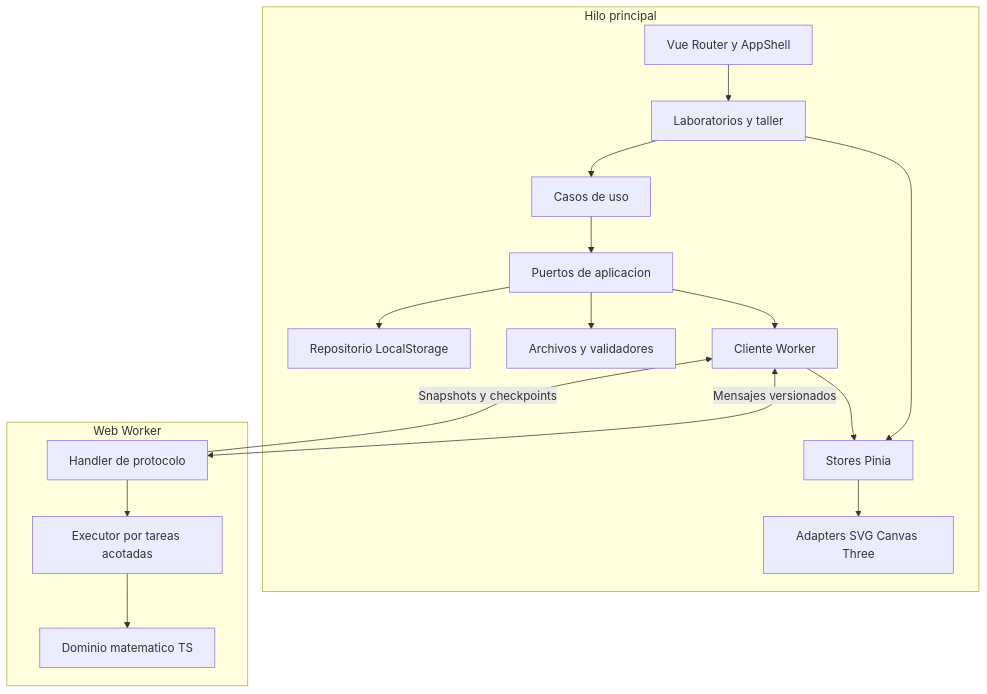
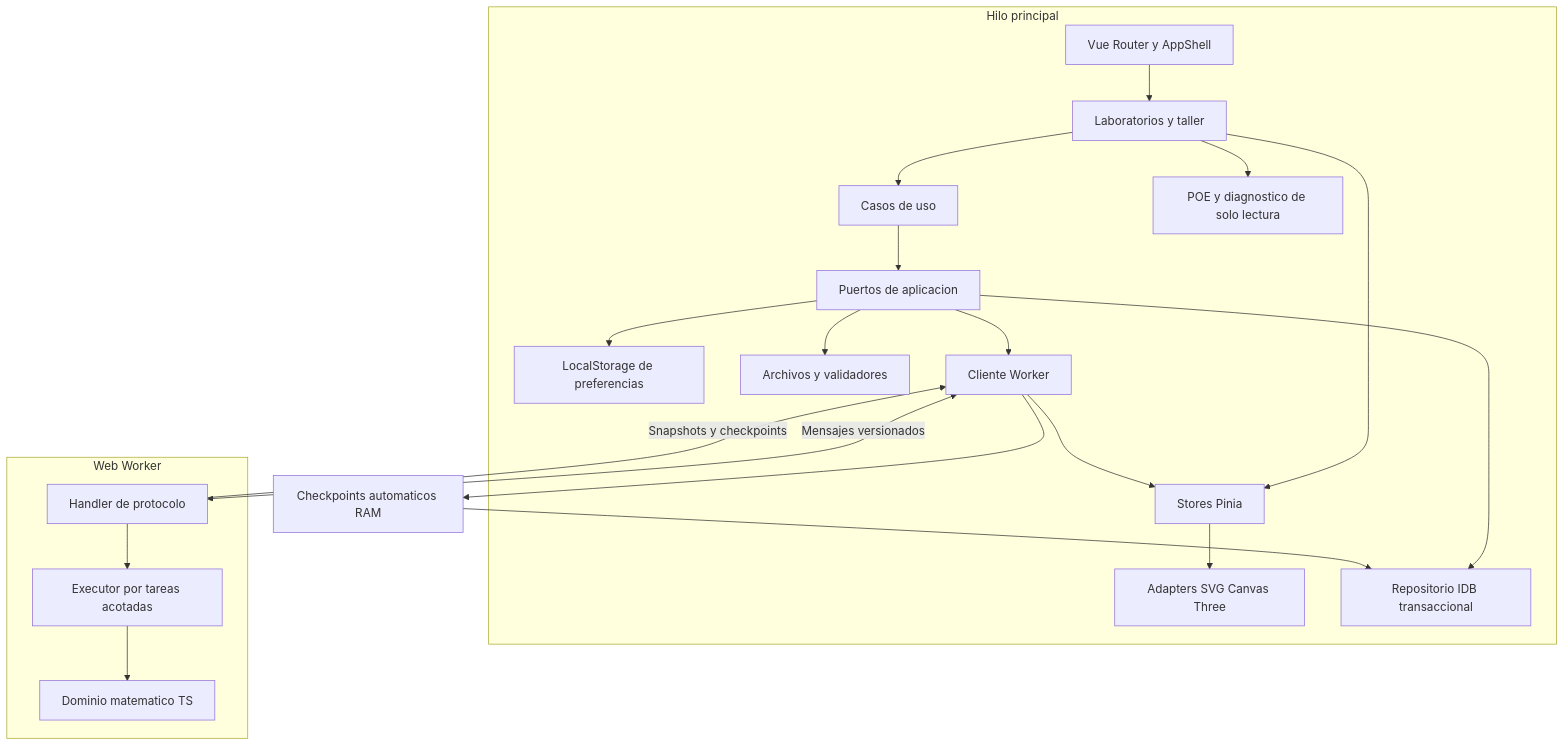
One commit to franmatias/neural-atlas changed the second of 26 diagrams in docs/15-diagramas.md. Above: the diagram before and after it, drawn with Mermaid. The commit also changed other lines of this file and 65 other files, not shown here.

Commit message:
docs: validate revised design diagrams and GitHub publication target

````diff
--- a/docs/15-diagramas.md
+++ b/docs/15-diagramas.md
@@ -30,20 +31,24 @@
 ```mermaid
 flowchart TB
   subgraph Principal[Hilo principal]
     Vue[Vue Router y AppShell] --> Features[Laboratorios y taller]
     Features --> Casos[Casos de uso]
     Features --> Stores[Stores Pinia]
     Stores --> Render[Adapters SVG Canvas Three]
     Casos --> Ports[Puertos de aplicacion]
-    Ports --> Repo[Repositorio LocalStorage]
+    Ports --> Repo[Repositorio IDB transaccional]
+    Ports --> Prefs[LocalStorage de preferencias]
+    Features --> Learning[POE y diagnostico de solo lectura]
     Ports --> Files[Archivos y validadores]
     Ports --> Client[Cliente Worker]
   end
   subgraph Aislado[Web Worker]
     Handler[Handler de protocolo] --> Executor[Executor por tareas acotadas]
     Executor --> Domain[Dominio matematico TS]
   end
   Client <-->|Mensajes versionados| Handler
   Handler -->|Snapshots y checkpoints| Client
   Client --> Stores
+  Client --> Recovery[Checkpoints automaticos RAM]
+  Recovery --> Repo
 ```
````
